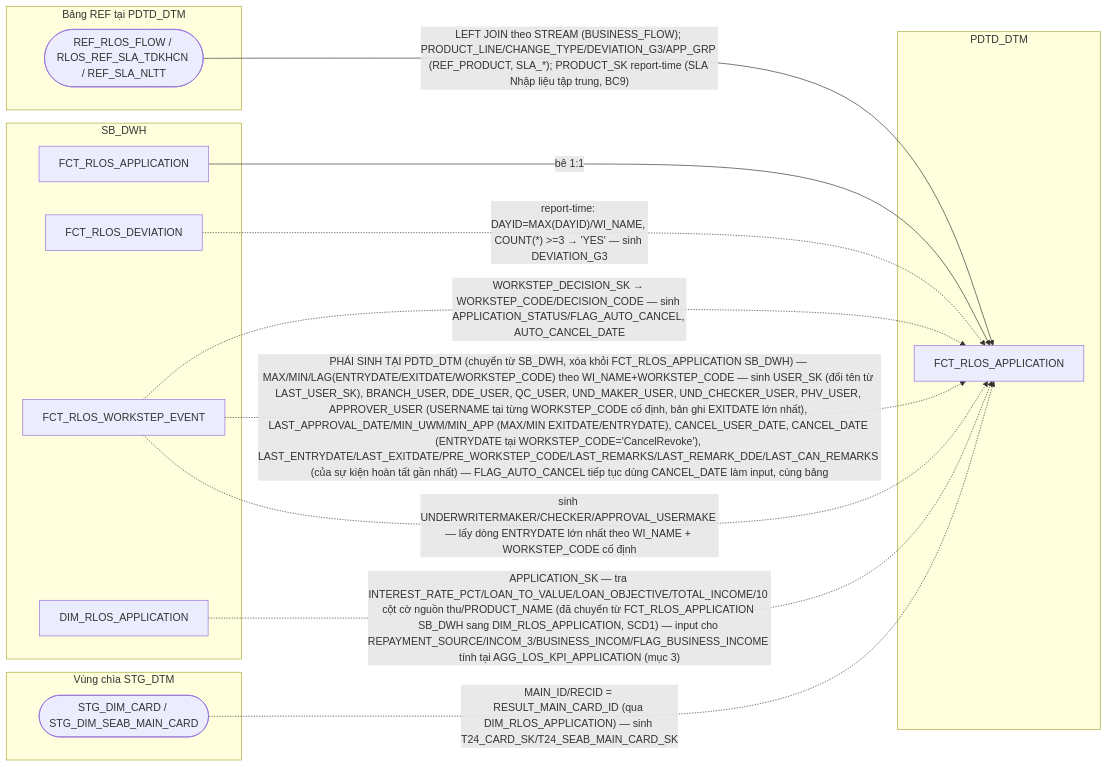
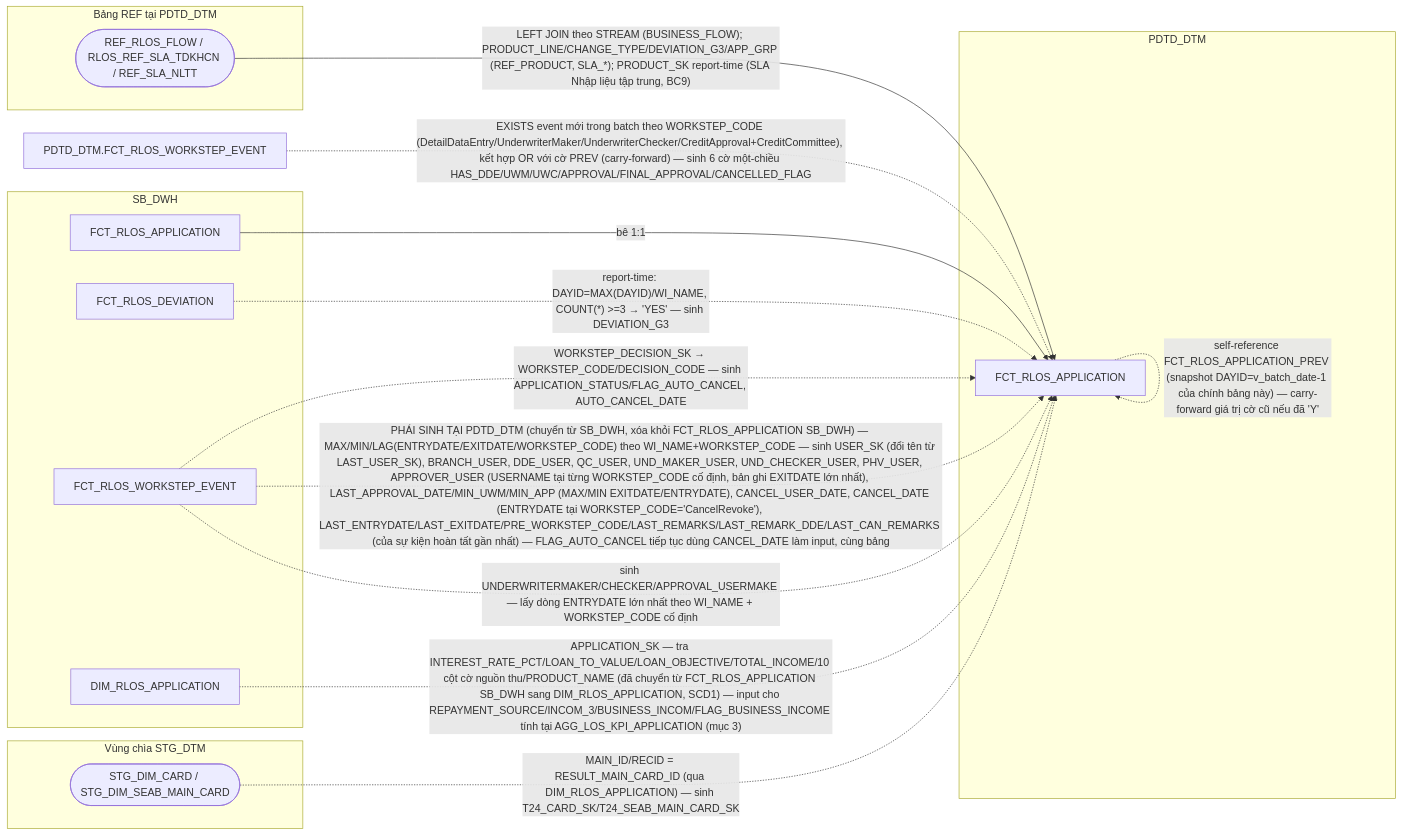
One commit to chien1198/sb-mapping-gen changed diagram 11 of 19 in hld/hld_review/HLD_FCT_PDTD_DTM_review.md. Above: the diagram before and after it, drawn with Mermaid. The commit also changed other lines of this file and 12 other files, not shown here.

````diff
--- a/hld/hld_review/HLD_FCT_PDTD_DTM_review.md
+++ b/hld/hld_review/HLD_FCT_PDTD_DTM_review.md
@@ -714,26 +788,28 @@
 ```mermaid
 flowchart LR
     subgraph SB_DWH
         C["FCT_RLOS_APPLICATION"]
         DV["FCT_RLOS_DEVIATION"]
         WE["FCT_RLOS_WORKSTEP_EVENT"]
         RAPP["DIM_RLOS_APPLICATION"]
     end
     subgraph REF_DTM["Bảng REF tại PDTD_DTM"]
         REF(["REF_RLOS_FLOW / RLOS_REF_SLA_TDKHCN / REF_SLA_NLTT"])
     end
     subgraph STG_DTM["Vùng chìa STG_DTM"]
         STG(["STG_DIM_CARD / STG_DIM_SEAB_MAIN_CARD"])
     end
     subgraph PDTD_DTM
         D["FCT_RLOS_APPLICATION"]
     end
     C -->|bê 1:1| D
     DV -.->|"report-time: DAYID=MAX(DAYID)/WI_NAME, COUNT(*) >=3 → 'YES' — sinh DEVIATION_G3"| D
     REF -->|"LEFT JOIN theo STREAM (BUSINESS_FLOW); PRODUCT_LINE/CHANGE_TYPE/DEVIATION_G3/APP_GRP (REF_PRODUCT, SLA_*); PRODUCT_SK report-time (SLA Nhập liệu tập trung, BC9)"| D
     WE -.->|"WORKSTEP_DECISION_SK → WORKSTEP_CODE/DECISION_CODE — sinh APPLICATION_STATUS/FLAG_AUTO_CANCEL, AUTO_CANCEL_DATE "| D
     STG -.->|"MAIN_ID/RECID = RESULT_MAIN_CARD_ID (qua DIM_RLOS_APPLICATION) — sinh T24_CARD_SK/T24_SEAB_MAIN_CARD_SK"| D
     WE -.->|"PHÁI SINH TẠI PDTD_DTM (chuyển từ SB_DWH, xóa khỏi FCT_RLOS_APPLICATION SB_DWH) — MAX/MIN/LAG(ENTRYDATE/EXITDATE/WORKSTEP_CODE) theo WI_NAME+WORKSTEP_CODE — sinh USER_SK (đổi tên từ LAST_USER_SK), BRANCH_USER, DDE_USER, QC_USER, UND_MAKER_USER, UND_CHECKER_USER, PHV_USER, APPROVER_USER (USERNAME tại từng WORKSTEP_CODE cố định, bản ghi EXITDATE lớn nhất), LAST_APPROVAL_DATE/MIN_UWM/MIN_APP (MAX/MIN EXITDATE/ENTRYDATE), CANCEL_USER_DATE, CANCEL_DATE (ENTRYDATE tại WORKSTEP_CODE='CancelRevoke'), LAST_ENTRYDATE/LAST_EXITDATE/PRE_WORKSTEP_CODE/LAST_REMARKS/LAST_REMARK_DDE/LAST_CAN_REMARKS (của sự kiện hoàn tất gần nhất) — FLAG_AUTO_CANCEL tiếp tục dùng CANCEL_DATE làm input, cùng bảng"| D
     RAPP -.->|"APPLICATION_SK — tra INTEREST_RATE_PCT/LOAN_TO_VALUE/LOAN_OBJECTIVE/TOTAL_INCOME/10 cột cờ nguồn thu/PRODUCT_NAME (đã chuyển từ FCT_RLOS_APPLICATION SB_DWH sang DIM_RLOS_APPLICATION, SCD1) — input cho REPAYMENT_SOURCE/INCOM_3/BUSINESS_INCOM/FLAG_BUSINESS_INCOME tính tại AGG_LOS_KPI_APPLICATION (mục 3)"| D
     WE -.->|"sinh UNDERWRITERMAKER/CHECKER/APPROVAL_USERMAKE — lấy dòng ENTRYDATE lớn nhất theo WI_NAME + WORKSTEP_CODE cố định"| D
+    DWE["PDTD_DTM.FCT_RLOS_WORKSTEP_EVENT"] -.->|"EXISTS event mới trong batch theo WORKSTEP_CODE (DetailDataEntry/UnderwriterMaker/UnderwriterChecker/CreditApproval+CreditCommittee), kết hợp OR với cờ PREV (carry-forward) — sinh 6 cờ một-chiều HAS_DDE/UWM/UWC/APPROVAL/FINAL_APPROVAL/CANCELLED_FLAG"| D
+    D -.->|"self-reference FCT_RLOS_APPLICATION_PREV (snapshot DAYID=v_batch_date-1 của chính bảng này) — carry-forward giá trị cờ cũ nếu đã 'Y'"| D
 ```
````
